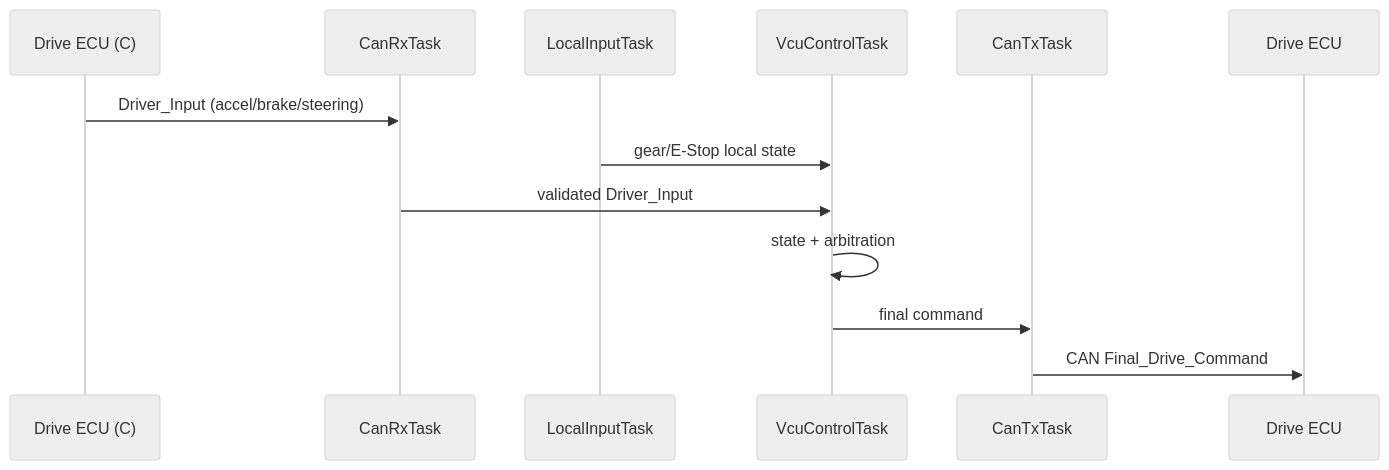
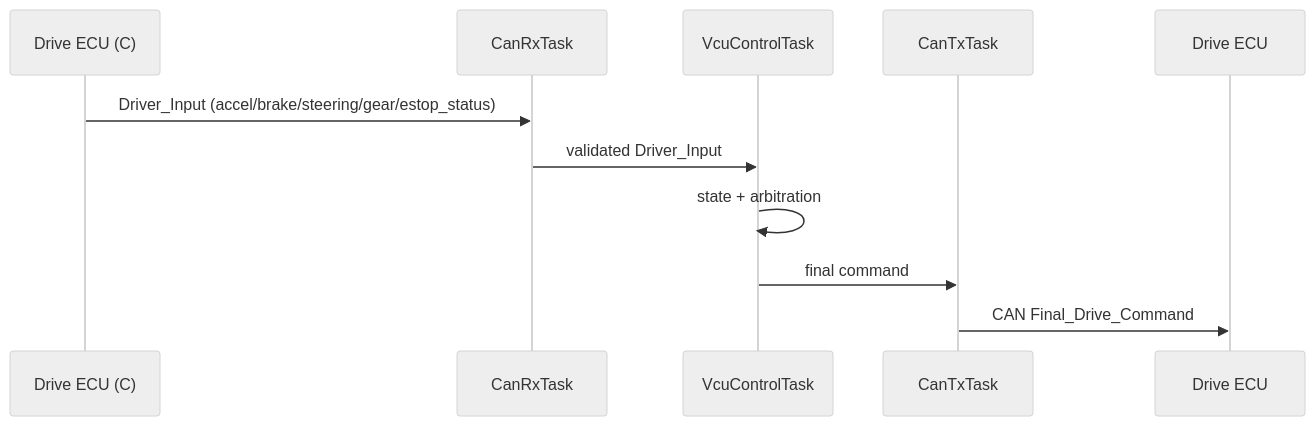
Before and after one commit to sunmaan22/SDV_MCU_Project: the second of 5 diagrams in docs/ecus/VCU_DTC_CAN_Integration/ARCHITECTURE.md, drawn with Mermaid (neutral theme). The commit also changed other lines of this file and 25 other files, not shown here.

````diff
--- a/docs/ecus/VCU_DTC_CAN_Integration/ARCHITECTURE.md
+++ b/docs/ecus/VCU_DTC_CAN_Integration/ARCHITECTURE.md
@@ -201,15 +205,13 @@
 ```mermaid
 sequenceDiagram
     participant DR0 as Drive ECU (C)
     participant RX as CanRxTask
-    participant LI as LocalInputTask
     participant VC as VcuControlTask
     participant TX as CanTxTask
     participant DR as Drive ECU
-    DR0->>RX: Driver_Input (accel/brake/steering)
-    LI->>VC: gear/E-Stop local state
+    DR0->>RX: Driver_Input (accel/brake/steering/gear/estop_status)
     RX->>VC: validated Driver_Input
     VC->>VC: state + arbitration
     VC->>TX: final command
     TX->>DR: CAN Final_Drive_Command
 ```
````
